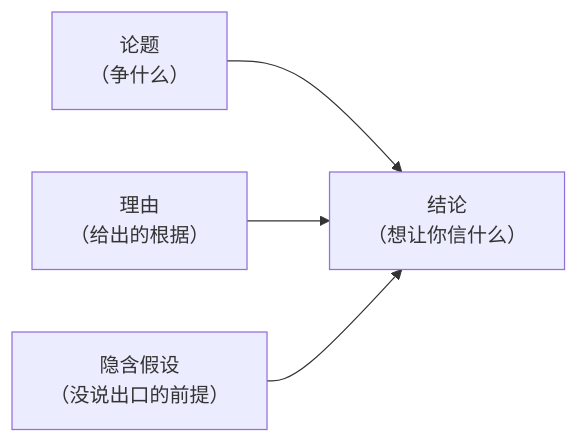
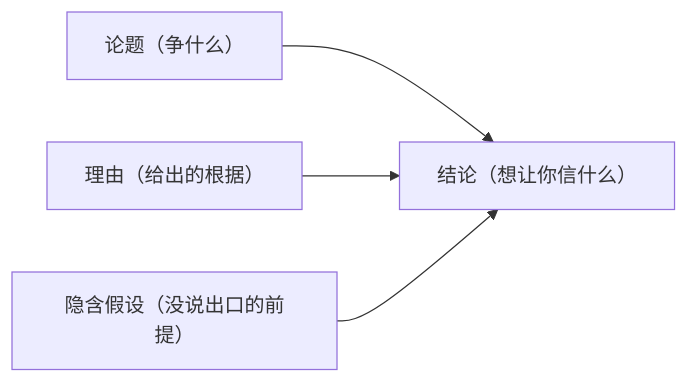
The first of 2 diagrams in content/reading/学会提问.md (qinwenshi/wiki), drawn with Mermaid before and after one commit. The commit also changed other lines of this file and 22 other files, not shown here.

````diff
--- a/content/reading/学会提问.md
+++ b/content/reading/学会提问.md
@@ -39,6 +39,6 @@
 ```mermaid
 flowchart LR
-    A["论题\n（争什么）"] --> B["结论\n（想让你信什么）"]
-    C["理由\n（给出的根据）"] --> B
-    D["隐含假设\n（没说出口的前提）"] --> B
+    A[论题（争什么）] --> B[结论（想让你信什么）]
+    C[理由（给出的根据）] --> B
+    D[隐含假设（没说出口的前提）] --> B
 ```
````
